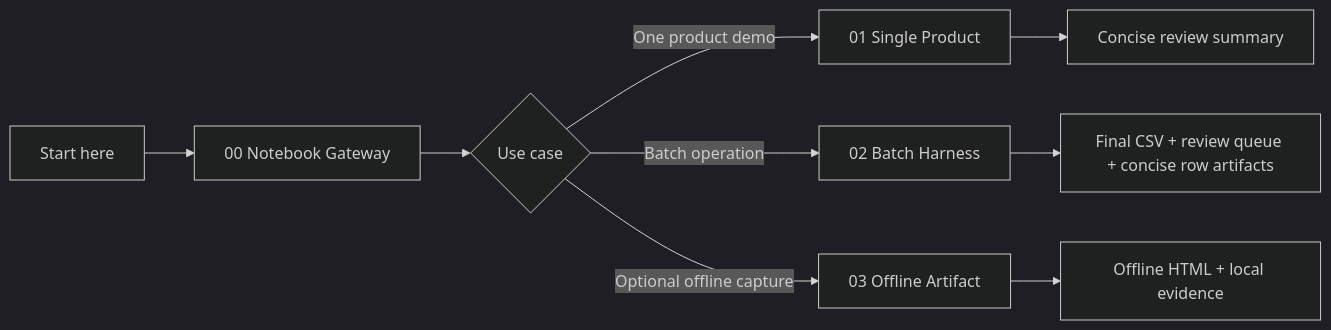
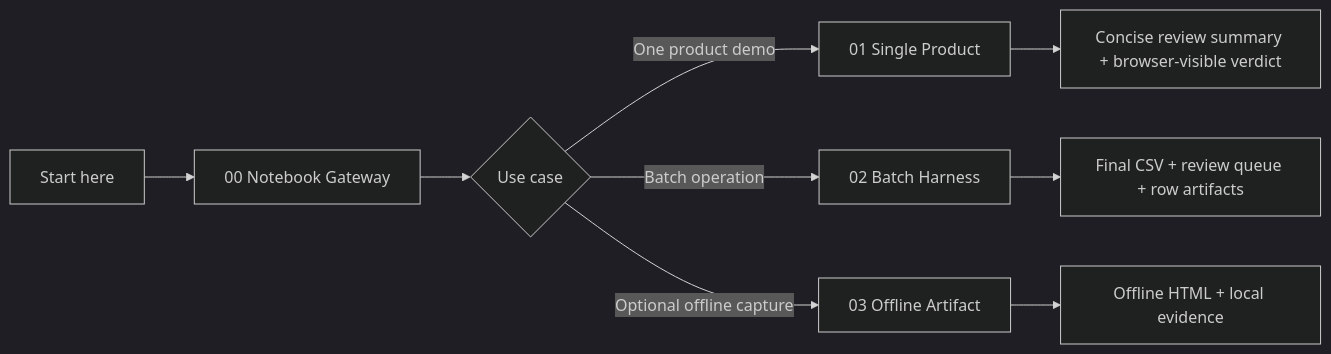
Before and after one commit to Akilankm/web_search_tool: the first of 3 diagrams in README.md, drawn with Mermaid (dark theme). The commit also changed other lines of this file, not shown here.

Commit message:
Document browser-visible champion gate in README

````diff
--- a/README.md
+++ b/README.md
@@ -24,11 +24,11 @@
 ```mermaid
 flowchart LR
     A[Start here] --> B[00 Notebook Gateway]
     B --> C{Use case}
     C -->|One product demo| D[01 Single Product]
     C -->|Batch operation| E[02 Batch Harness]
     C -->|Optional offline capture| F[03 Offline Artifact]
-    D --> G[Concise review summary]
-    E --> H[Final CSV + review queue + concise row artifacts]
+    D --> G[Concise review summary + browser-visible verdict]
+    E --> H[Final CSV + review queue + row artifacts]
     F --> I[Offline HTML + local evidence]
 ```
````
